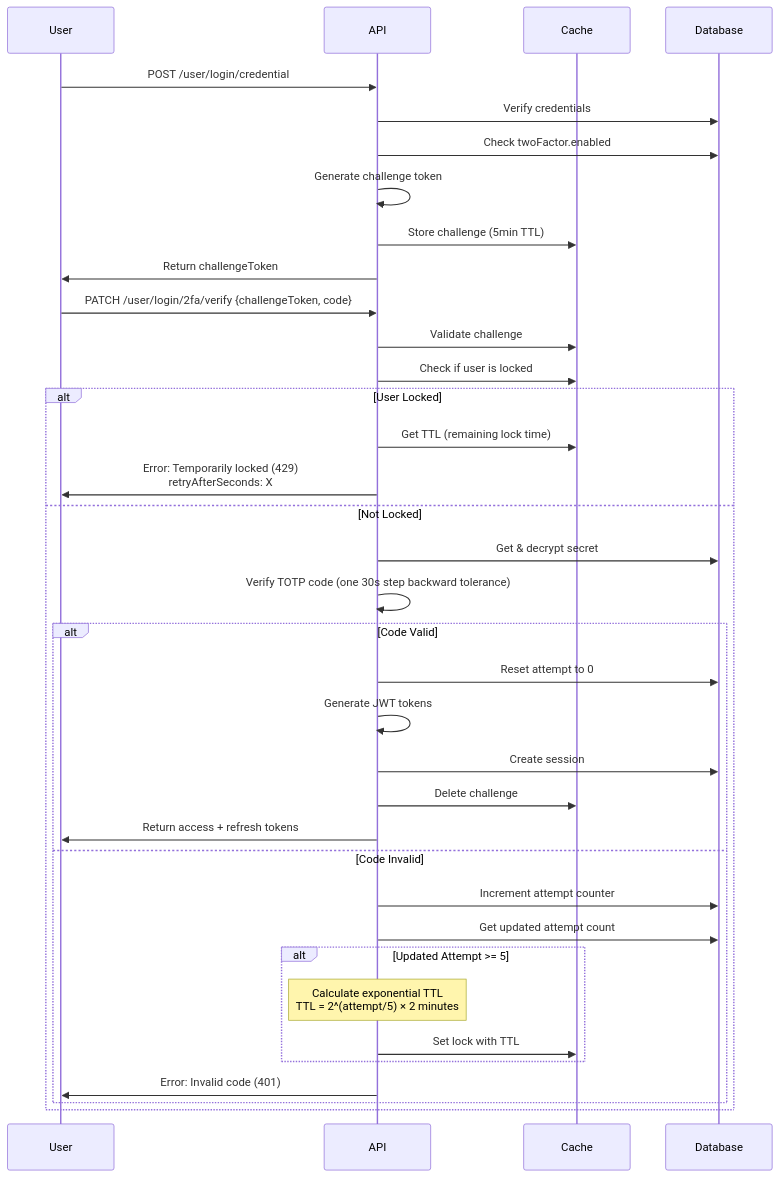
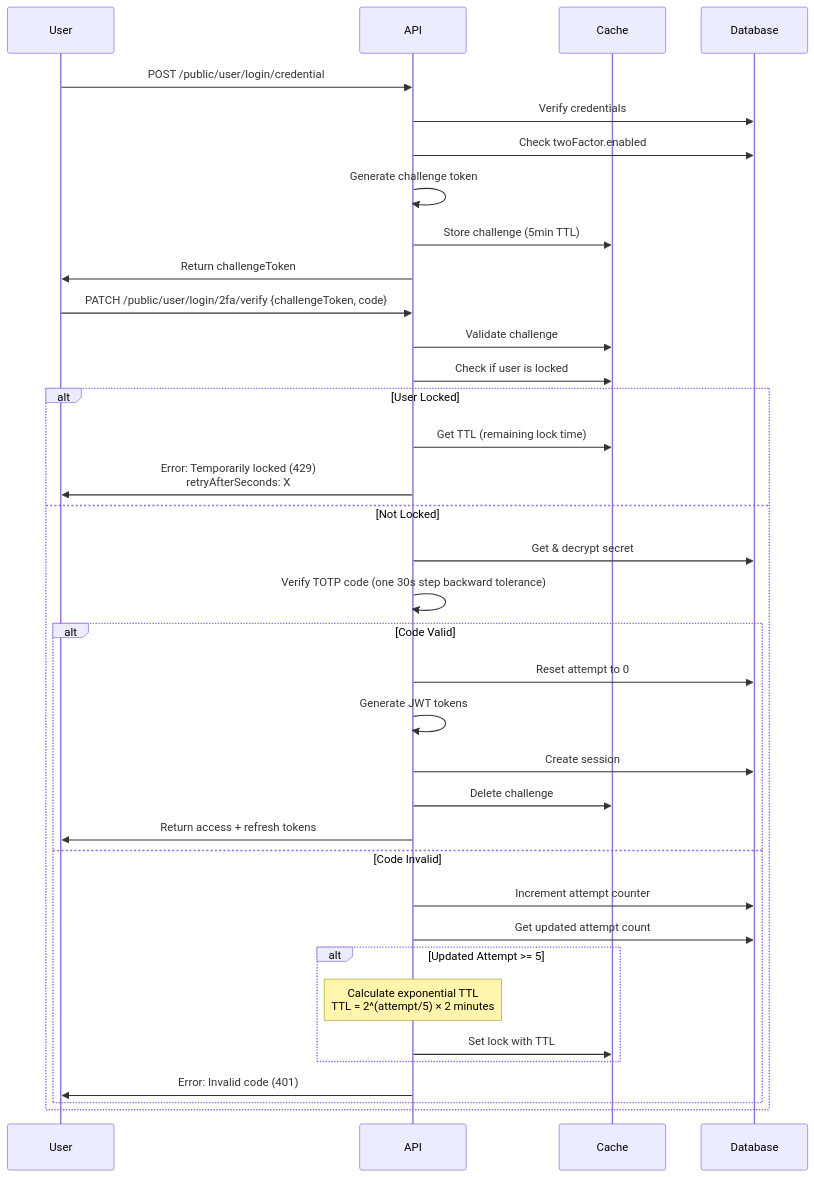
The second of 9 diagrams in docs/two-factor.md (andrechristikan/ack-nestjs-boilerplate), drawn with Mermaid before and after one commit. The commit also changed other lines of this file and 31 other files, not shown here.

````diff
--- a/docs/two-factor.md
+++ b/docs/two-factor.md
@@ -210,39 +210,39 @@
 ```mermaid
 sequenceDiagram
     participant User
     participant API
     participant Cache
     participant Database
 
-    User->>API: POST /user/login/credential
+    User->>API: POST /public/user/login/credential
     API->>Database: Verify credentials
     API->>Database: Check twoFactor.enabled
     API->>API: Generate challenge token
     API->>Cache: Store challenge (5min TTL)
     API->>User: Return challengeToken
-    User->>API: PATCH /user/login/2fa/verify {challengeToken, code}
+    User->>API: PATCH /public/user/login/2fa/verify {challengeToken, code}
     API->>Cache: Validate challenge
     API->>Cache: Check if user is locked
     alt User Locked
         API->>Cache: Get TTL (remaining lock time)
         API->>User: Error: Temporarily locked (429)<br/>retryAfterSeconds: X
     else Not Locked
         API->>Database: Get & decrypt secret
         API->>API: Verify TOTP code (one 30s step backward tolerance)
         alt Code Valid
             API->>Database: Reset attempt to 0
             API->>API: Generate JWT tokens
             API->>Database: Create session
             API->>Cache: Delete challenge
             API->>User: Return access + refresh tokens
         else Code Invalid
             API->>Database: Increment attempt counter
             API->>Database: Get updated attempt count
             alt Updated Attempt >= 5
                 Note over API: Calculate exponential TTL<br/>TTL = 2^(attempt/5) × 2 minutes
                 API->>Cache: Set lock with TTL
             end
             API->>User: Error: Invalid code (401)
         end
     end
 ```
````
